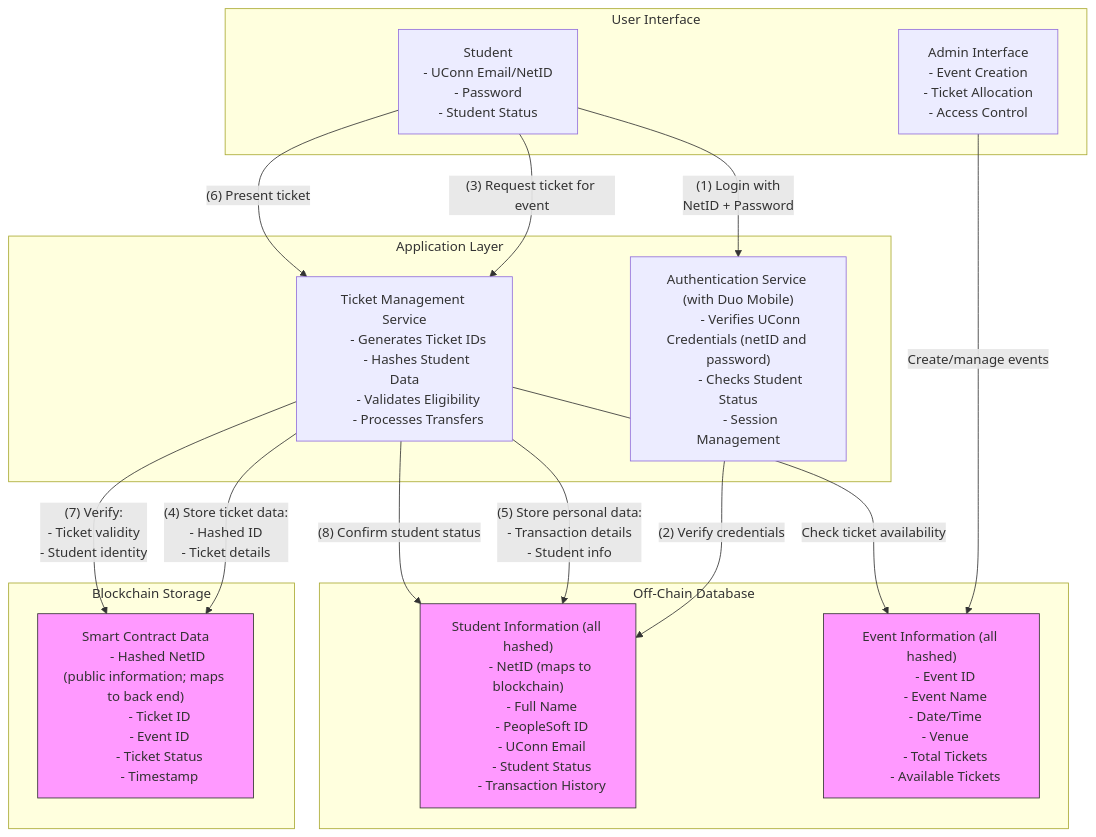
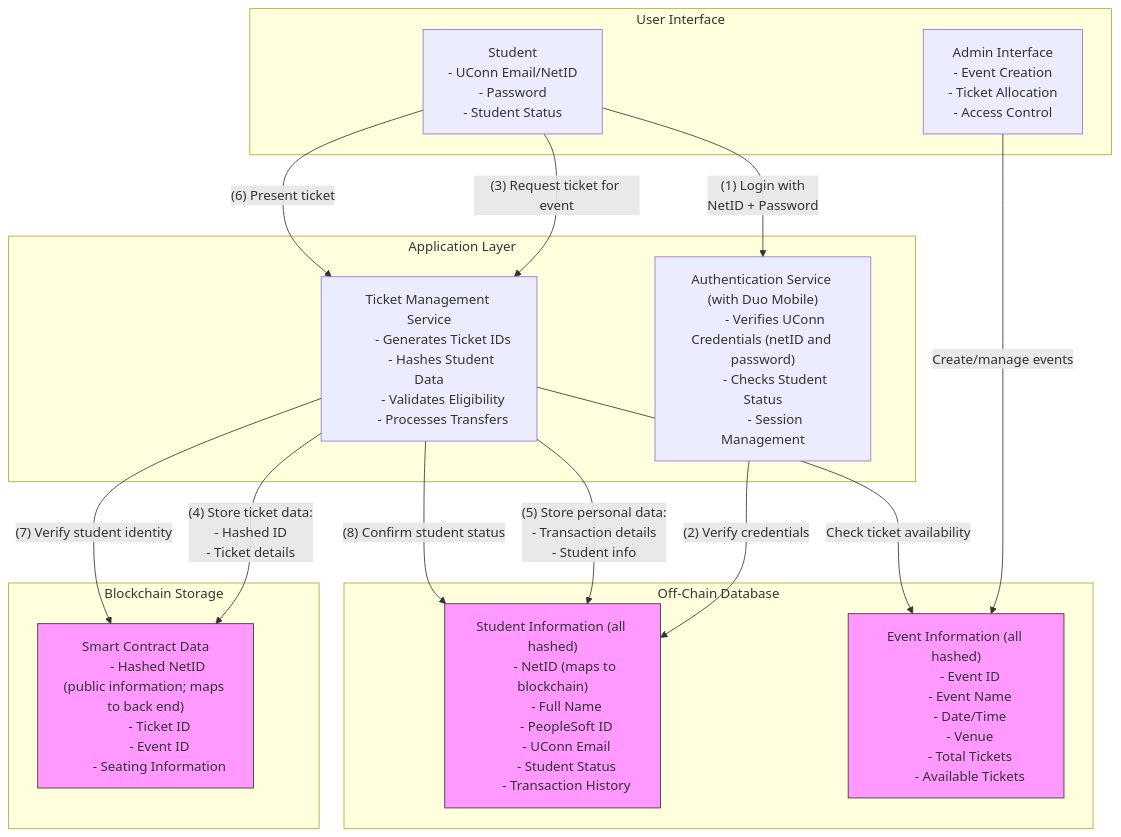
Before and after one commit to lpep64/Blockchain-Ticketing: the diagram in docs/dataflow.md, drawn with Mermaid.

Commit message:
dataflow updated

````diff
--- a/docs/dataflow.md
+++ b/docs/dataflow.md
@@ -1,82 +1,79 @@
 ```mermaid
 flowchart TB
     subgraph UI ["User Interface"]
         Student["Student
         - UConn Email/NetID
         - Password
         - Student Status"]
         AdminUI["Admin Interface
         - Event Creation
         - Ticket Allocation
         - Access Control"]
     end
 
     subgraph Processing ["Application Layer"]
         Auth["Authentication Service (with Duo Mobile)
         - Verifies UConn Credentials (netID and password)
         - Checks Student Status
         - Session Management"]
         
         TicketService["Ticket Management Service
         - Generates Ticket IDs
         - Hashes Student Data
         - Validates Eligibility
         - Processes Transfers"]
     end
 
     subgraph BlockchainStorage ["Blockchain Storage"]
         SmartContract["Smart Contract Data
         - Hashed NetID (public information; maps to back end)
         - Ticket ID
         - Event ID
-        - Ticket Status
-        - Timestamp"]
+        - Seating Information"]
     end
 
     subgraph Database ["Off-Chain Database"]
         StudentData["Student Information (all hashed)
         - NetID (maps to blockchain)
         - Full Name
         - PeopleSoft ID
         - UConn Email
         - Student Status
         - Transaction History"]
         
         EventData["Event Information (all hashed)
         - Event ID
         - Event Name
         - Date/Time
         - Venue
         - Total Tickets
         - Available Tickets"]
     end
 
     %% Student flows
     Student -->|"(1) Login with 
     NetID + Password"| Auth
     Auth -->|"(2) Verify credentials"| StudentData
     Student -->|"(3) Request ticket for event"| TicketService
     
     %% Ticket processing
     TicketService -->|"(4) Store ticket data:
     - Hashed ID
     - Ticket details"| SmartContract
     
     TicketService -->|"(5) Store personal data:
     - Transaction details
     - Student info"| StudentData
     
     %% Event data flow
     AdminUI -->|"Create/manage events"| EventData
     TicketService -->|"Check ticket availability"| EventData
     
     %% Verification flow
     Student -->|"(6) Present ticket"| TicketService
-    TicketService -->|"(7) Verify:
-    - Ticket validity
-    - Student identity"| SmartContract
+    TicketService -->|"(7) Verify student identity"| SmartContract
     TicketService -->|"(8) Confirm student status"| StudentData
 
     classDef storage fill:#f9f,stroke:#333
     class SmartContract,StudentData,EventData storage
 ```
````
